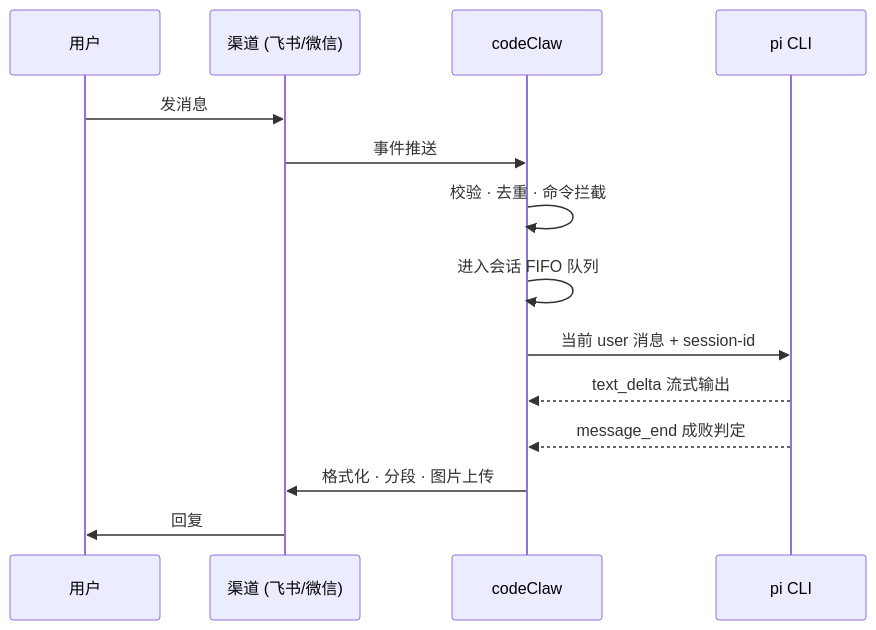
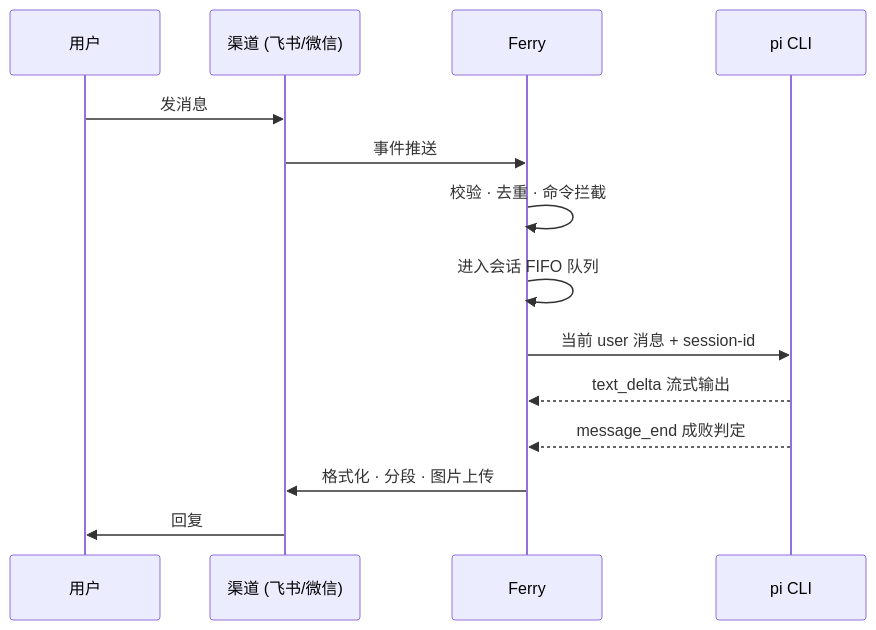
One commit to felixzhang-glitch/Ferry changed the second of 2 diagrams in README.md. Above: the diagram before and after it, drawn with Mermaid. The commit also changed other lines of this file and 22 other files, not shown here.

Commit message:
rename: codeClaw → Ferry — 项目全面重命名

````diff
--- a/README.md
+++ b/README.md
@@ -47,17 +47,17 @@
 ```mermaid
 sequenceDiagram
     participant U as 用户
     participant C as 渠道 (飞书/微信)
-    participant B as codeClaw
+    participant B as Ferry
     participant P as pi CLI
 
     U->>C: 发消息
     C->>B: 事件推送
     B->>B: 校验 · 去重 · 命令拦截
     B->>B: 进入会话 FIFO 队列
     B->>P: 当前 user 消息 + session-id
     P-->>B: text_delta 流式输出
     P-->>B: message_end 成败判定
     B->>C: 格式化 · 分段 · 图片上传
     C->>U: 回复
 ```
````
